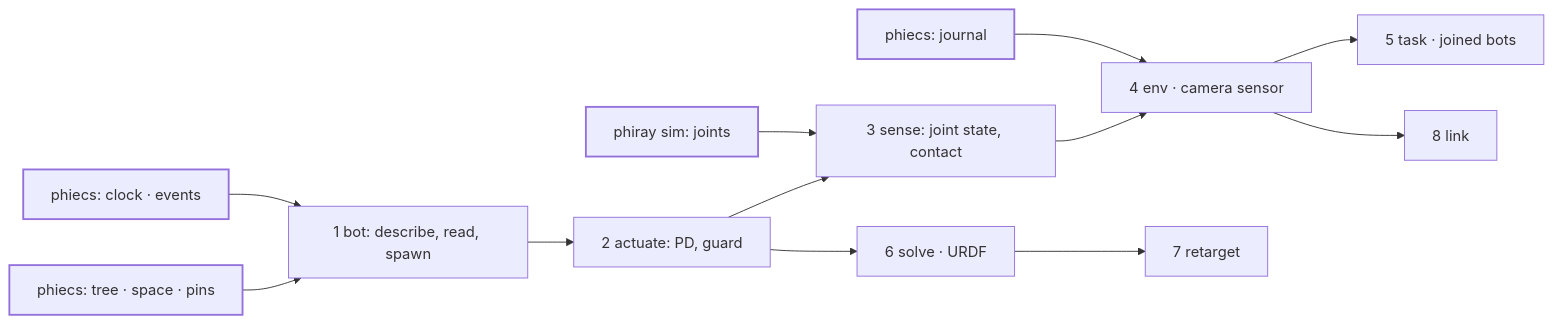
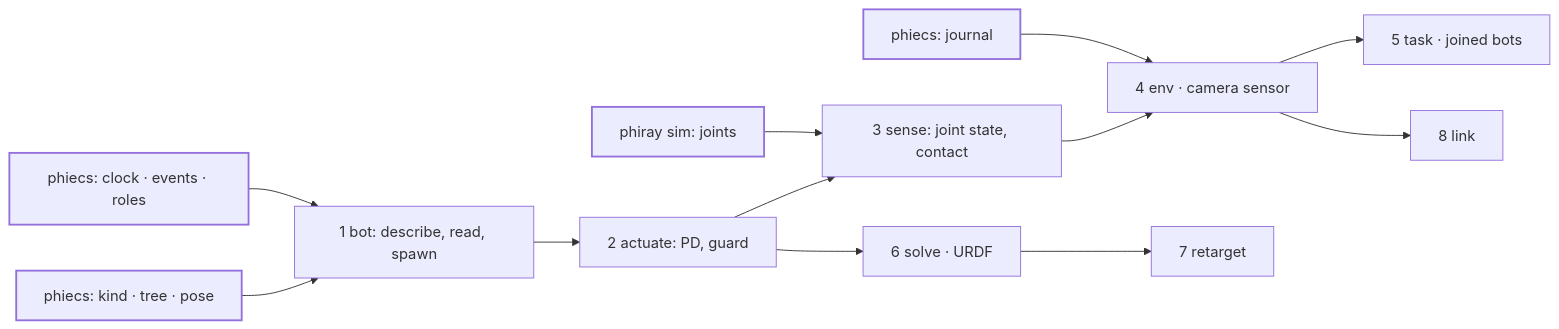
One commit to gemphi/phikit changed the first of 2 diagrams in crates/phiace/PLAN.md. Above: the diagram before and after it, drawn with Mermaid. The commit also changed other lines of this file and 21 other files, not shown here.

````diff
--- a/crates/phiace/PLAN.md
+++ b/crates/phiace/PLAN.md
@@ -49,24 +58,24 @@
 ```mermaid
 graph LR
-    u1["phiecs: clock · events"]
-    u2["phiecs: tree · space · pins"]
+    u1["phiecs: clock · events · roles"]
+    u2["phiecs: kind · tree · pose"]
     u3["phiecs: journal"]
     u4["phiray sim: joints"]
     w1["1 bot: describe, read, spawn"]
     w2["2 actuate: PD, guard"]
     w3["3 sense: joint state, contact"]
     w4["4 env · camera sensor"]
     w5["5 task · joined bots"]
     w6["6 solve · URDF"]
     w7["7 retarget"]
     w8["8 link"]
     u1 --> w1
     u2 --> w1
     w1 --> w2 --> w3 --> w4 --> w5
     u4 --> w3
     u3 --> w4
     w2 --> w6 --> w7
     w4 --> w8
     classDef under stroke-width: 2px;
     class u1,u2,u3,u4 under;
 ```
````
